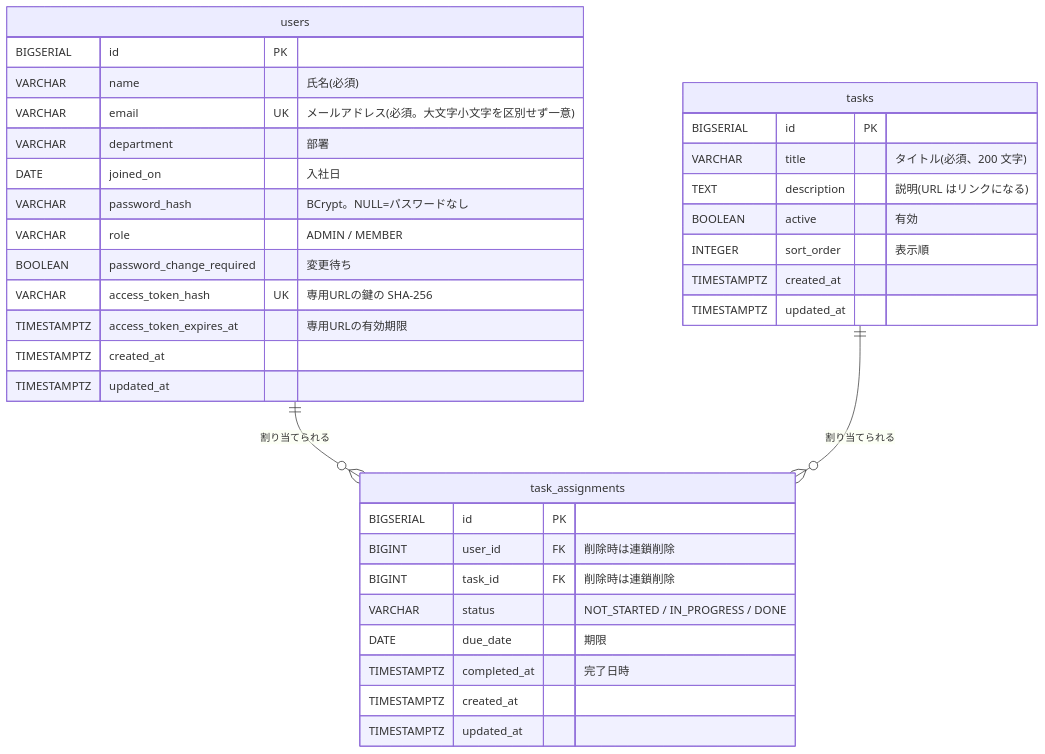
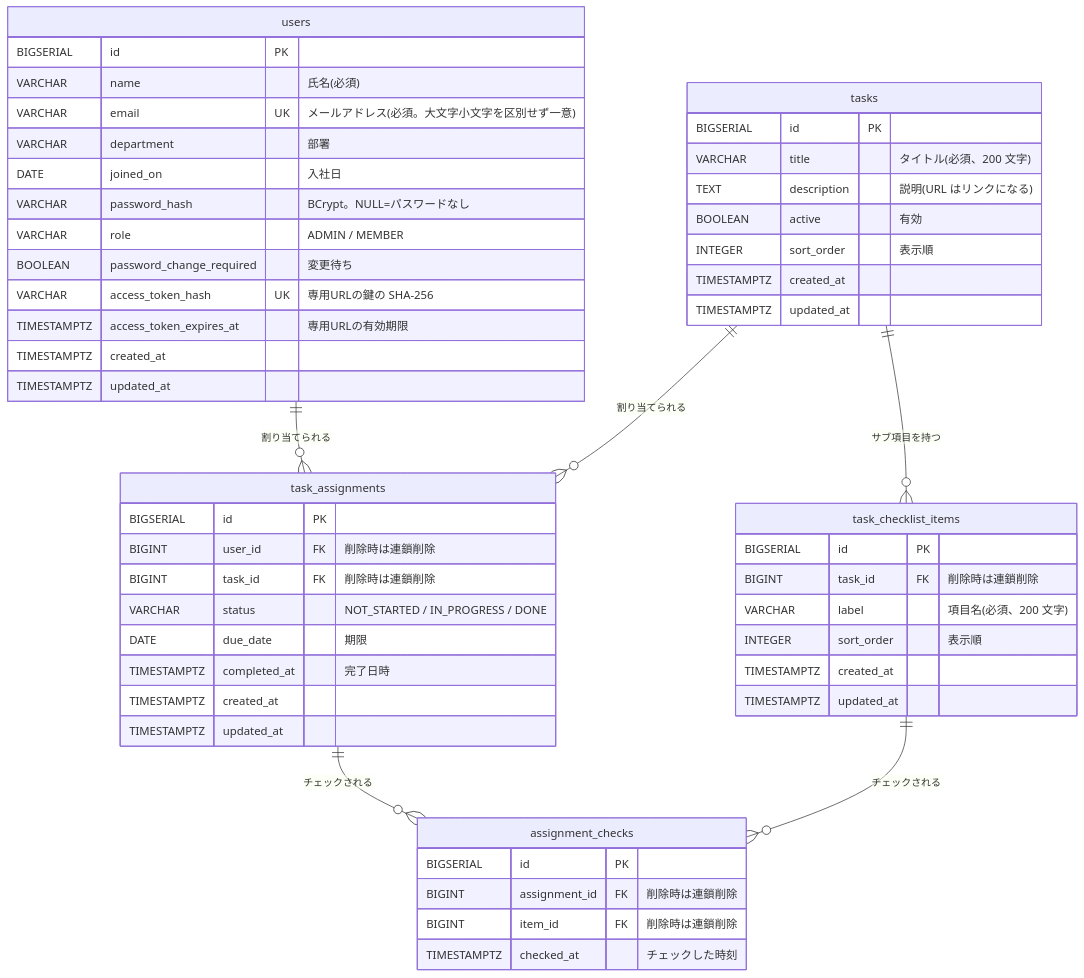
One commit to Mika777v/java changed the ninth of 12 diagrams in docs/design-diagrams.md. Above: the diagram before and after it, drawn with Mermaid. The commit also changed other lines of this file and 31 other files, not shown here.

First line of the commit message:
feat: Add sub-items (checklists) to tasks

````diff
--- a/docs/design-diagrams.md
+++ b/docs/design-diagrams.md
@@ -223,39 +239,56 @@
 ```mermaid
 erDiagram
     users ||--o{ task_assignments : "割り当てられる"
     tasks ||--o{ task_assignments : "割り当てられる"
+    tasks ||--o{ task_checklist_items : "サブ項目を持つ"
+    task_assignments ||--o{ assignment_checks : "チェックされる"
+    task_checklist_items ||--o{ assignment_checks : "チェックされる"
 
     users {
         BIGSERIAL id PK
         VARCHAR name "氏名(必須)"
         VARCHAR email UK "メールアドレス(必須。大文字小文字を区別せず一意)"
         VARCHAR department "部署"
         DATE joined_on "入社日"
         VARCHAR password_hash "BCrypt。NULL=パスワードなし"
         VARCHAR role "ADMIN / MEMBER"
         BOOLEAN password_change_required "変更待ち"
         VARCHAR access_token_hash UK "専用URLの鍵の SHA-256"
         TIMESTAMPTZ access_token_expires_at "専用URLの有効期限"
         TIMESTAMPTZ created_at
         TIMESTAMPTZ updated_at
     }
     tasks {
         BIGSERIAL id PK
         VARCHAR title "タイトル(必須、200 文字)"
         TEXT description "説明(URL はリンクになる)"
         BOOLEAN active "有効"
         INTEGER sort_order "表示順"
         TIMESTAMPTZ created_at
         TIMESTAMPTZ updated_at
     }
     task_assignments {
         BIGSERIAL id PK
         BIGINT user_id FK "削除時は連鎖削除"
         BIGINT task_id FK "削除時は連鎖削除"
         VARCHAR status "NOT_STARTED / IN_PROGRESS / DONE"
         DATE due_date "期限"
         TIMESTAMPTZ completed_at "完了日時"
         TIMESTAMPTZ created_at
         TIMESTAMPTZ updated_at
     }
+    task_checklist_items {
+        BIGSERIAL id PK
+        BIGINT task_id FK "削除時は連鎖削除"
+        VARCHAR label "項目名(必須、200 文字)"
+        INTEGER sort_order "表示順"
+        TIMESTAMPTZ created_at
+        TIMESTAMPTZ updated_at
+    }
+    assignment_checks {
+        BIGSERIAL id PK
+        BIGINT assignment_id FK "削除時は連鎖削除"
+        BIGINT item_id FK "削除時は連鎖削除"
+        TIMESTAMPTZ checked_at "チェックした時刻"
+    }
 ```
````
